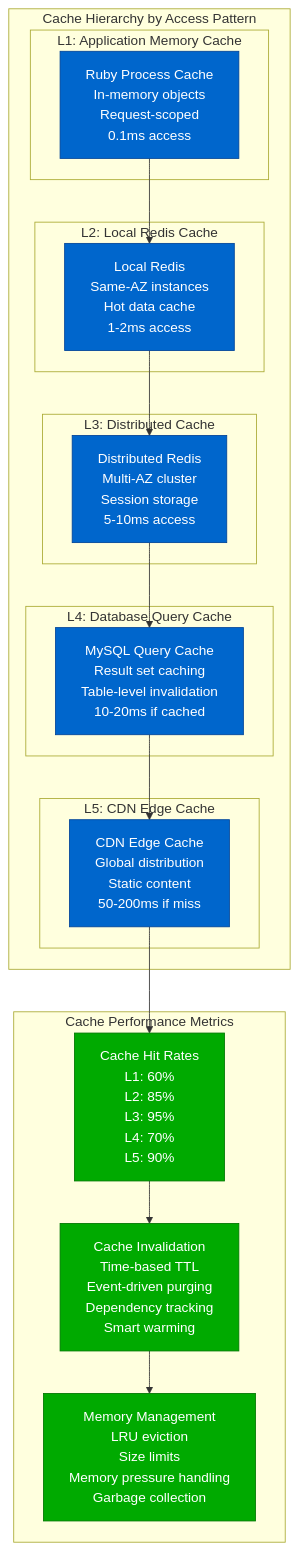
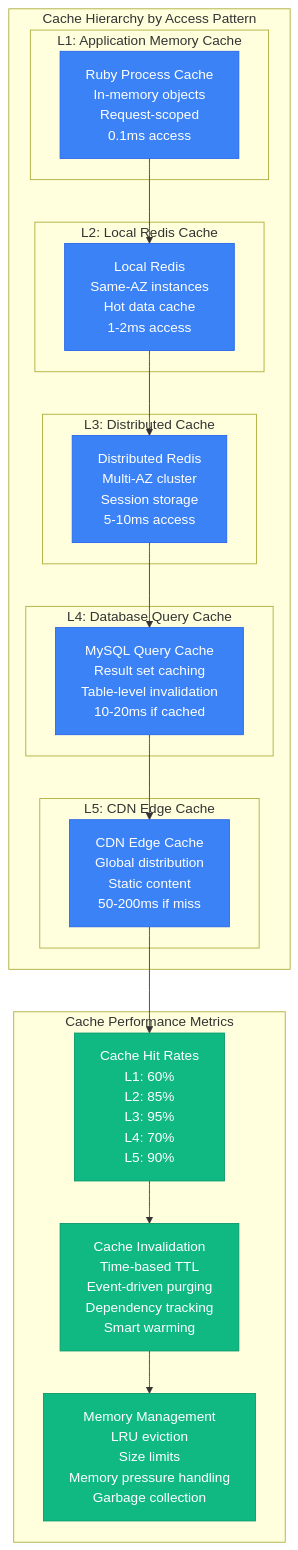
The fifth of 8 diagrams in site/docs/systems/shopify/storage-architecture.md (deepaucksharma/DS), drawn with Mermaid before and after one commit. The commit also changed other lines of this file and 303 other files, not shown here.

````diff
--- a/site/docs/systems/shopify/storage-architecture.md
+++ b/site/docs/systems/shopify/storage-architecture.md
@@ -276,49 +276,49 @@
 ```mermaid
 graph TB
     subgraph "Cache Hierarchy by Access Pattern"
         subgraph "L1: Application Memory Cache"
             RUBY_CACHE[Ruby Process Cache<br/>In-memory objects<br/>Request-scoped<br/>0.1ms access]
         end
 
         subgraph "L2: Local Redis Cache"
             LOCAL_REDIS[Local Redis<br/>Same-AZ instances<br/>Hot data cache<br/>1-2ms access]
         end
 
         subgraph "L3: Distributed Cache"
             DISTRIBUTED_REDIS[Distributed Redis<br/>Multi-AZ cluster<br/>Session storage<br/>5-10ms access]
         end
 
         subgraph "L4: Database Query Cache"
             QUERY_CACHE[MySQL Query Cache<br/>Result set caching<br/>Table-level invalidation<br/>10-20ms if cached]
         end
 
         subgraph "L5: CDN Edge Cache"
             EDGE_CACHE[CDN Edge Cache<br/>Global distribution<br/>Static content<br/>50-200ms if miss]
         end
     end
 
     %% Cache hierarchy flow
     RUBY_CACHE --> LOCAL_REDIS
     LOCAL_REDIS --> DISTRIBUTED_REDIS
     DISTRIBUTED_REDIS --> QUERY_CACHE
     QUERY_CACHE --> EDGE_CACHE
 
     subgraph "Cache Performance Metrics"
         HIT_RATES[Cache Hit Rates<br/>L1: 60%<br/>L2: 85%<br/>L3: 95%<br/>L4: 70%<br/>L5: 90%]
 
         INVALIDATION_STRATEGY[Cache Invalidation<br/>Time-based TTL<br/>Event-driven purging<br/>Dependency tracking<br/>Smart warming]
 
         MEMORY_MGMT[Memory Management<br/>LRU eviction<br/>Size limits<br/>Memory pressure handling<br/>Garbage collection]
     end
 
     EDGE_CACHE --> HIT_RATES
     HIT_RATES --> INVALIDATION_STRATEGY
     INVALIDATION_STRATEGY --> MEMORY_MGMT
 
     %% Apply cache colors
-    classDef cacheStyle fill:#0066CC,stroke:#004499,color:#fff
-    classDef metricsStyle fill:#00AA00,stroke:#007700,color:#fff
+    classDef cacheStyle fill:#3B82F6,stroke:#2563EB,color:#fff
+    classDef metricsStyle fill:#10B981,stroke:#059669,color:#fff
 
     class RUBY_CACHE,LOCAL_REDIS,DISTRIBUTED_REDIS,QUERY_CACHE,EDGE_CACHE cacheStyle
     class HIT_RATES,INVALIDATION_STRATEGY,MEMORY_MGMT metricsStyle
 ```
````
